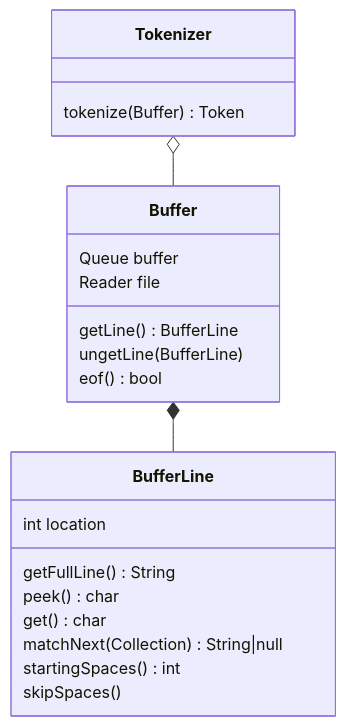
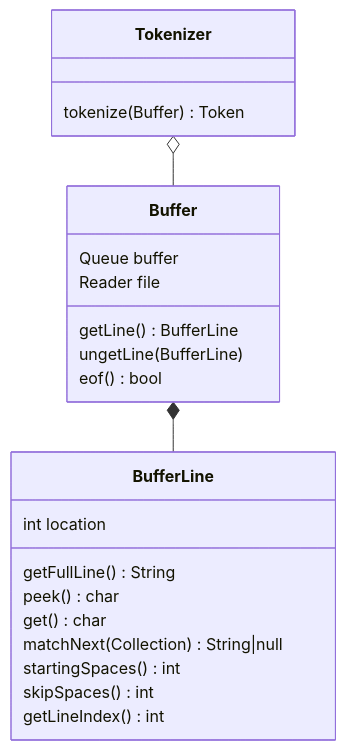
Before and after one commit to Jzhyang1/Monomer: the first of 8 diagrams in Implementation.md, drawn with Mermaid. The commit also changed other lines of this file, not shown here.

````diff
--- a/Implementation.md
+++ b/Implementation.md
@@ -58,21 +58,22 @@
 ```mermaid
 classDiagram
 Tokenizer o-- Buffer
 Buffer *-- BufferLine
 
 Tokenizer: tokenize(Buffer) Token
 
 Buffer: Queue buffer
 Buffer: Reader file
 Buffer: getLine() BufferLine
 Buffer: ungetLine(BufferLine)
 Buffer: eof() bool
 
 BufferLine: int location
 BufferLine: getFullLine() String
 BufferLine: peek() char
 BufferLine: get() char
 BufferLine: matchNext(Collection<String>) String|null
 BufferLine: startingSpaces() int
-BufferLine: skipSpaces()
+BufferLine: skipSpaces() int
+BufferLine: getLineIndex() int
 ```
````
